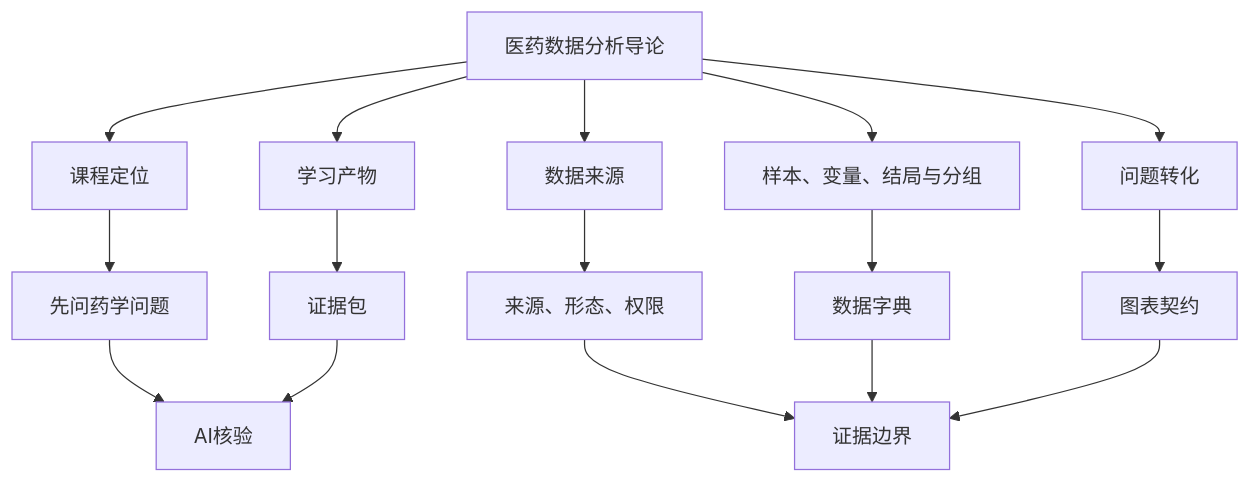
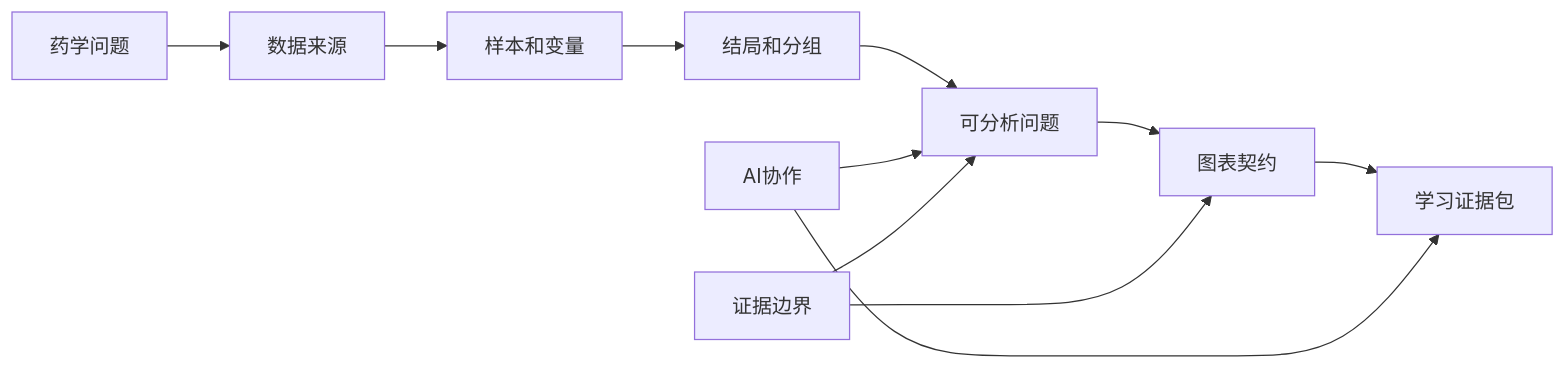
One commit to luvega/AI_MED_DataVis changed the first of 2 diagrams in docs/chapters/chapter-1/index.md. Above: the diagram before and after it, drawn with Mermaid. The commit also changed other lines of this file and 8 other files, not shown here.

````diff
--- a/docs/chapters/chapter-1/index.md
+++ b/docs/chapters/chapter-1/index.md
@@ -97,18 +64,13 @@
 ```mermaid
-flowchart TD
-  A["医药数据分析导论"] --> B["课程定位"]
-  A --> C["数据来源"]
-  A --> D["样本、变量、结局与分组"]
-  A --> E["问题转化"]
-  A --> F["学习产物"]
-  B --> G["先问药学问题"]
-  C --> H["来源、形态、权限"]
-  D --> I["数据字典"]
-  E --> J["图表契约"]
-  F --> K["证据包"]
-  G --> L["AI核验"]
-  H --> M["证据边界"]
-  I --> M
-  J --> M
-  K --> L
+flowchart LR
+  A["药学问题"] --> B["数据来源"]
+  B --> C["样本和变量"]
+  C --> D["结局和分组"]
+  D --> E["可分析问题"]
+  E --> F["图表契约"]
+  F --> G["学习证据包"]
+  H["AI协作"] --> E
+  H --> G
+  I["证据边界"] --> E
+  I --> F
 ```
````
